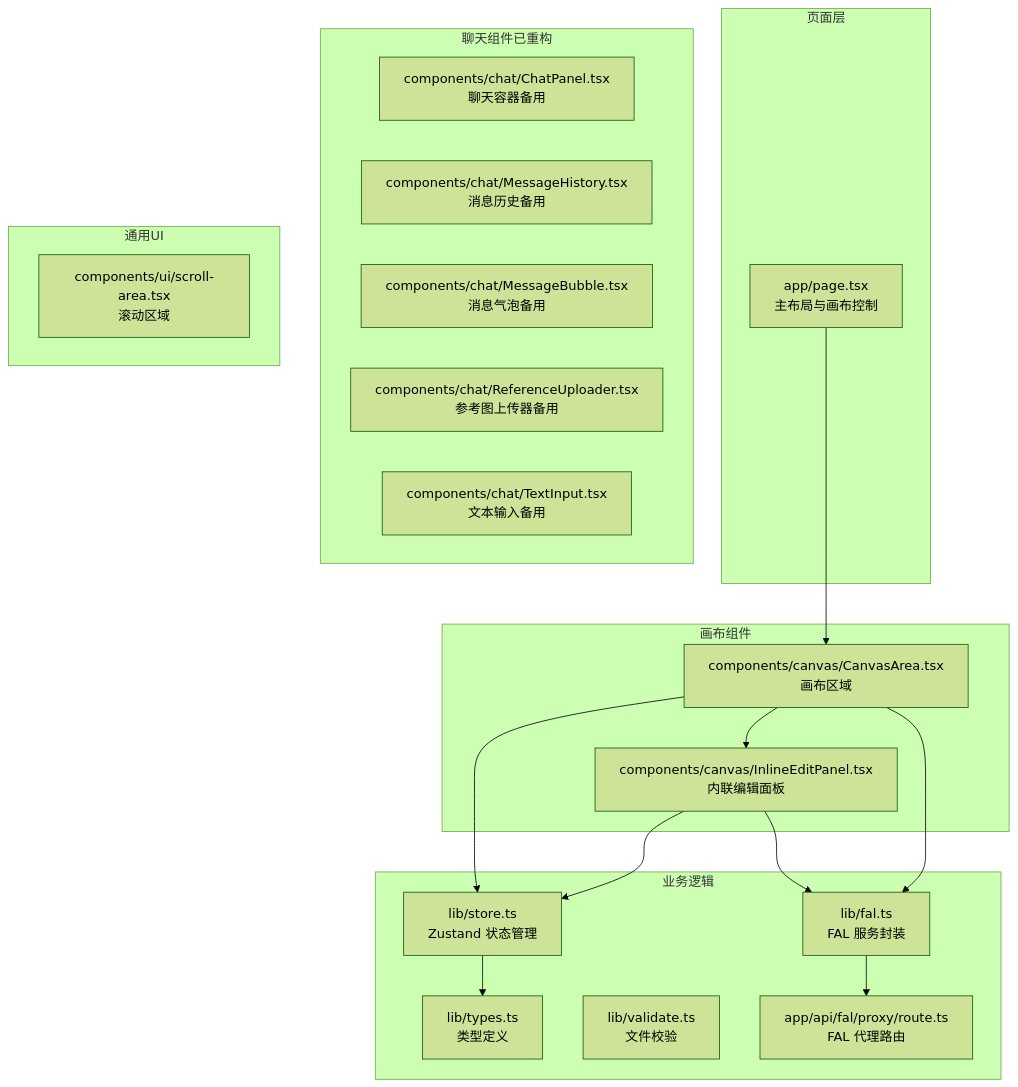
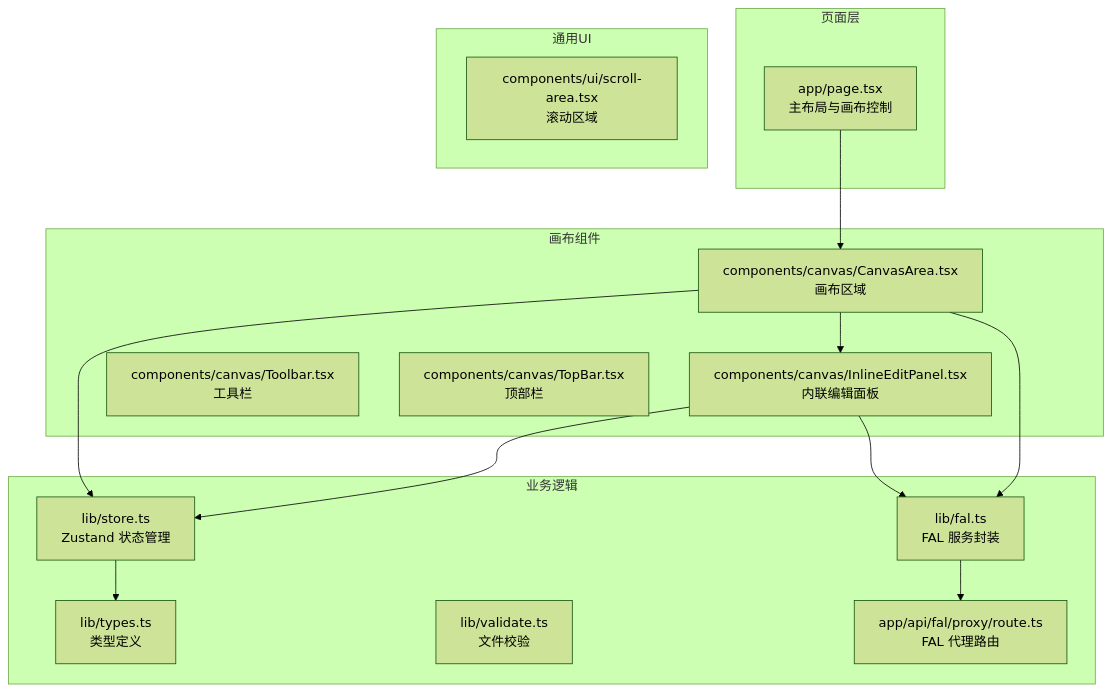
Before and after one commit to billye220670/BananaFlow2: the first of 6 diagrams in .qoder/repowiki/zh/content/核心功能模块/聊天界面系统.md, drawn with Mermaid (forest theme). The commit also changed other lines of this file and 22 other files, not shown here.

````diff
--- a/.qoder/repowiki/zh/content/核心功能模块/聊天界面系统.md
+++ b/.qoder/repowiki/zh/content/核心功能模块/聊天界面系统.md
@@ -48,35 +44,30 @@
 ```mermaid
 graph TB
 subgraph "页面层"
 Page["app/page.tsx<br/>主布局与画布控制"]
 end
 subgraph "画布组件"
 CanvasArea["components/canvas/CanvasArea.tsx<br/>画布区域"]
 InlineEditPanel["components/canvas/InlineEditPanel.tsx<br/>内联编辑面板"]
-end
-subgraph "聊天组件已重构"
-ChatPanel["components/chat/ChatPanel.tsx<br/>聊天容器备用"]
-MessageHistory["components/chat/MessageHistory.tsx<br/>消息历史备用"]
-MessageBubble["components/chat/MessageBubble.tsx<br/>消息气泡备用"]
-ReferenceUploader["components/chat/ReferenceUploader.tsx<br/>参考图上传器备用"]
-TextInput["components/chat/TextInput.tsx<br/>文本输入备用"]
+Toolbar["components/canvas/Toolbar.tsx<br/>工具栏"]
+TopBar["components/canvas/TopBar.tsx<br/>顶部栏"]
 end
 subgraph "通用UI"
 ScrollArea["components/ui/scroll-area.tsx<br/>滚动区域"]
 end
 subgraph "业务逻辑"
 Store["lib/store.ts<br/>Zustand 状态管理"]
 Types["lib/types.ts<br/>类型定义"]
 Fal["lib/fal.ts<br/>FAL 服务封装"]
 Validate["lib/validate.ts<br/>文件校验"]
 Proxy["app/api/fal/proxy/route.ts<br/>FAL 代理路由"]
 end
 Page --> CanvasArea
 CanvasArea --> InlineEditPanel
 CanvasArea --> Store
 InlineEditPanel --> Store
 InlineEditPanel --> Fal
 CanvasArea --> Fal
 Store --> Types
 Fal --> Proxy
 ```
````
